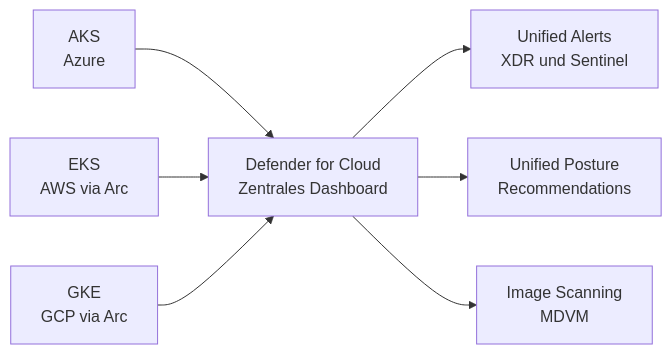
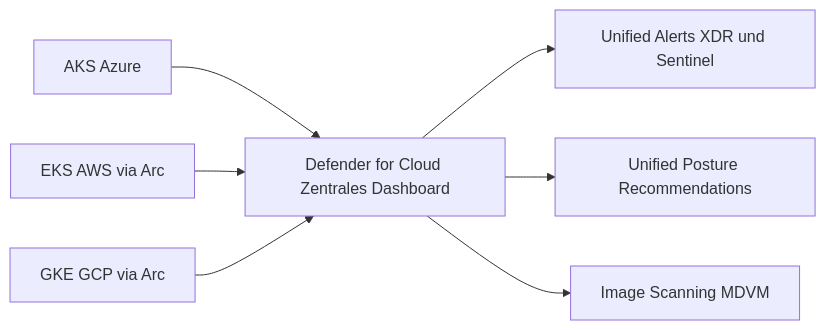
The third of 3 diagrams in Microsoft 365/Azure/Sicherheit/Microsoft Defender for Containers.md (SoniiiT/notes-n-docs), drawn with Mermaid before and after one commit. The commit also changed other lines of this file and 124 other files, not shown here.

First line of the commit message:
fix: Entferne \n aus allen Mermaid-Diagrammen (125 Dateien)

````diff
--- a/Microsoft 365/Azure/Sicherheit/Microsoft Defender for Containers.md
+++ b/Microsoft 365/Azure/Sicherheit/Microsoft Defender for Containers.md
@@ -263,9 +263,9 @@
 ```mermaid
 graph LR
-    A["AKS\nAzure"] --> D["Defender for Cloud\nZentrales Dashboard"]
-    B["EKS\nAWS via Arc"] --> D
-    C["GKE\nGCP via Arc"] --> D
-    D --> E["Unified Alerts\nXDR und Sentinel"]
-    D --> F["Unified Posture\nRecommendations"]
-    D --> G["Image Scanning\nMDVM"]
+    A["AKS Azure"] --> D["Defender for Cloud Zentrales Dashboard"]
+    B["EKS AWS via Arc"] --> D
+    C["GKE GCP via Arc"] --> D
+    D --> E["Unified Alerts XDR und Sentinel"]
+    D --> F["Unified Posture Recommendations"]
+    D --> G["Image Scanning MDVM"]
 ```
````
